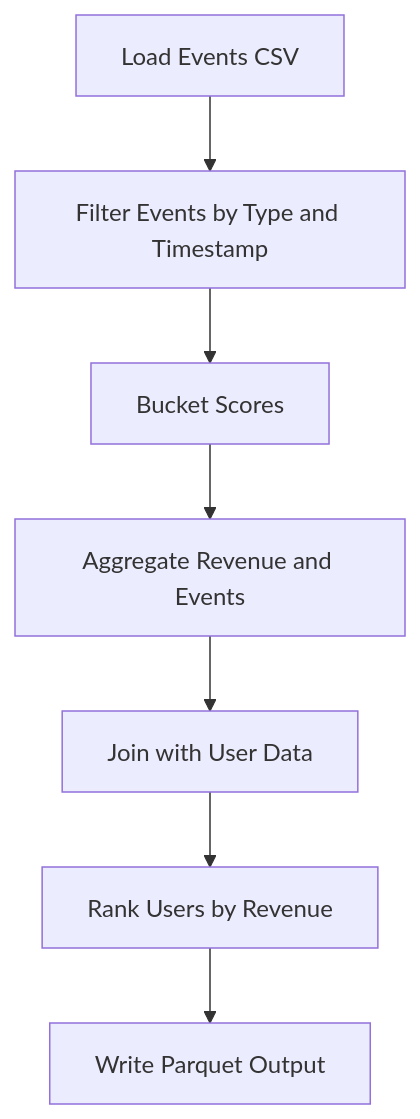
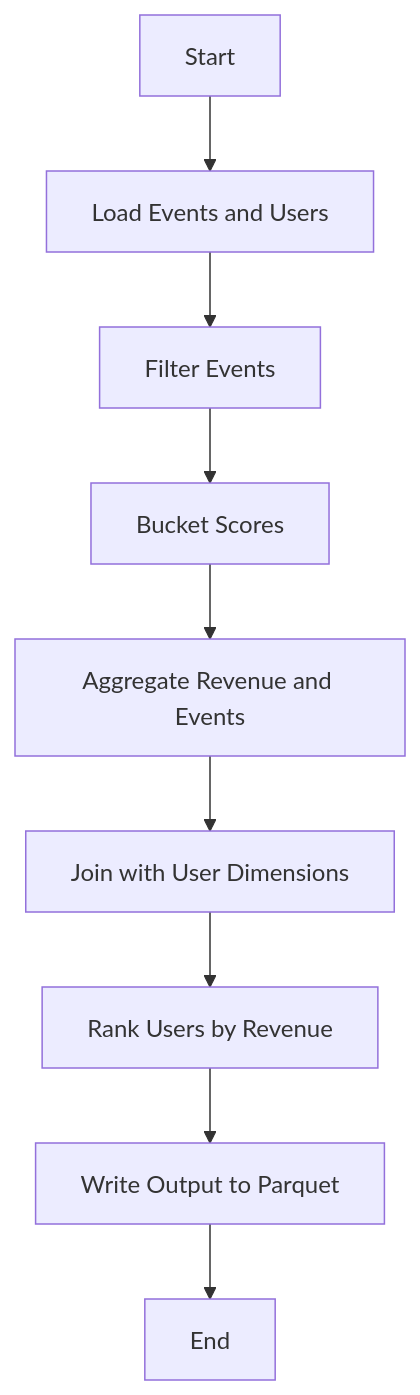
Before and after one commit to ravitejh99/test: the first of 2 diagrams in Code_Documents/UserMetricsJob_Documentation.md, drawn with Mermaid. The commit also changed other lines of this file, not shown here.

Commit message:
Add or update file: UserMetricsJob_Documentation.md

````diff
--- a/Code_Documents/UserMetricsJob_Documentation.md
+++ b/Code_Documents/UserMetricsJob_Documentation.md
@@ -67,9 +67,11 @@
 ```mermaid
 graph TD
-    A[Load Events CSV] --> B[Filter Events by Type and Timestamp]
-    B --> C[Bucket Scores]
-    C --> D[Aggregate Revenue and Events]
-    D --> E[Join with User Data]
-    E --> F[Rank Users by Revenue]
-    F --> G[Write Parquet Output]
+    A[Start] --> B[Load Events and Users]
+    B --> C[Filter Events]
+    C --> D[Bucket Scores]
+    D --> E[Aggregate Revenue and Events]
+    E --> F[Join with User Dimensions]
+    F --> G[Rank Users by Revenue]
+    G --> H[Write Output to Parquet]
+    H --> I[End]
 ```
````
